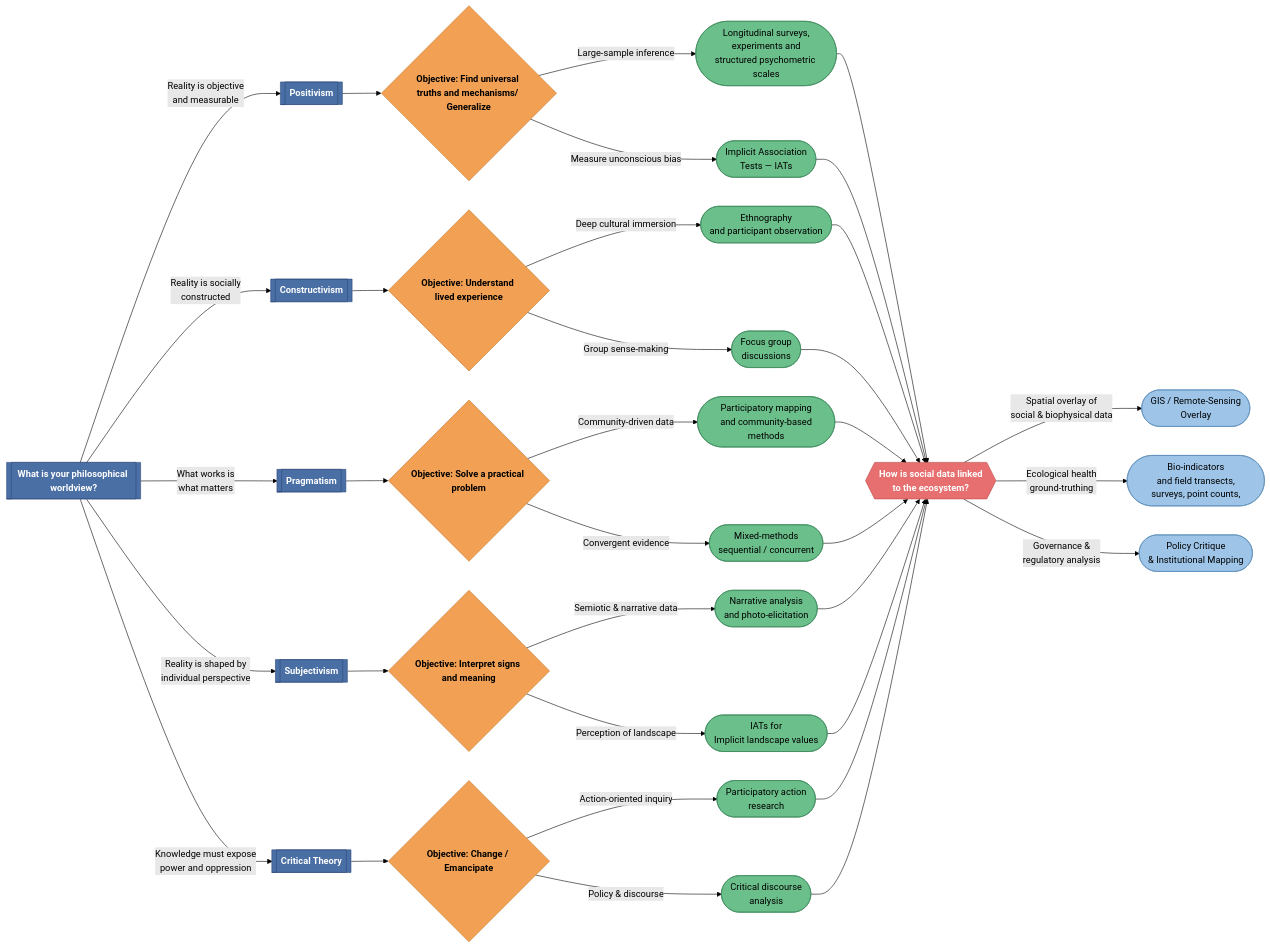
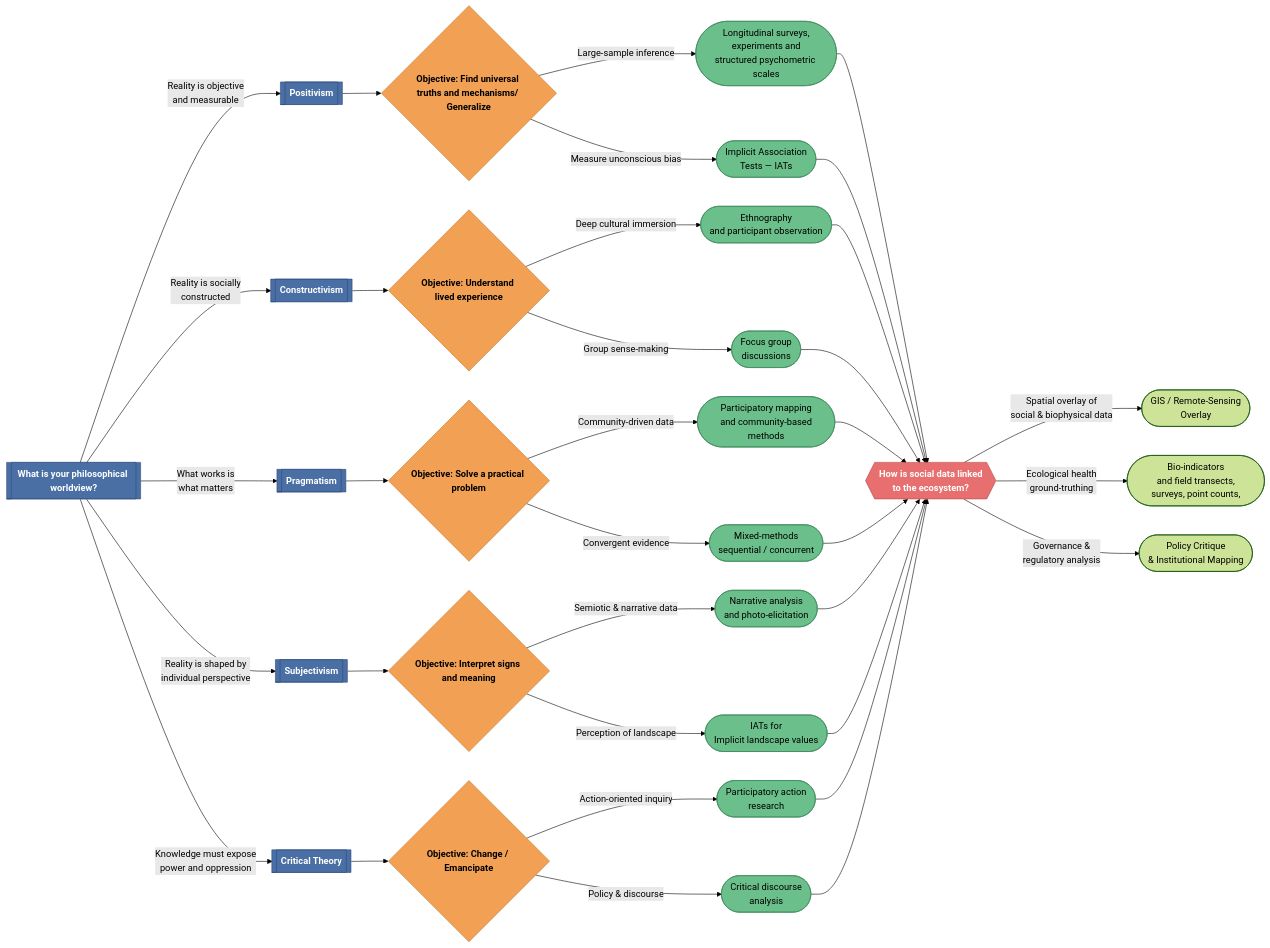
One commit to Echeverri-Lab/Survey_methods changed the diagram in Step_01_Epistemology_and_Method_Selection/decision_tree_source.md. Above: the diagram before and after it, drawn with Mermaid (forest theme). The commit also changed other lines of this file, not shown here.

Commit message:
docs: add figure caption to SES decision tree

````diff
--- a/Step_01_Epistemology_and_Method_Selection/decision_tree_source.md
+++ b/Step_01_Epistemology_and_Method_Selection/decision_tree_source.md
@@ -10,68 +10,68 @@
 ```mermaid
 flowchart LR
 
     EP[["What is your philosophical worldview?"]] -- Reality is objective<br>and measurable --> POS[["Positivism"]]
     EP -- Reality is socially<br>constructed --> CON[["Constructivism"]]
     EP -- What works is<br>what matters --> PRA[["Pragmatism"]]
     EP -- Reality is shaped by<br>individual perspective --> SUB[["Subjectivism"]]
     EP -- Knowledge must expose<br>power and oppression --> CRT[["Critical Theory"]]
     POS --> OBJ_GEN{"Objective: Find universal truths and mechanisms/ Generalize"}
     CON --> OBJ_UND{"Objective: Understand lived experience"}
     PRA --> OBJ_SOL{"Objective: Solve a practical problem"}
     SUB --> OBJ_INT{"Objective: Interpret signs and meaning"}
     CRT --> OBJ_CHG{"Objective: Change / Emancipate"}
     OBJ_GEN -- "Large-sample inference" --> M_SURV(["Longitudinal surveys,<br> experiments and structured psychometric scales"])
     OBJ_GEN -- Measure unconscious bias --> M_IAT(["Implicit Association<br>Tests — IATs"])
     OBJ_UND -- Deep cultural immersion --> M_ETHN(["Ethnography<br> and participant observation"])
     OBJ_UND -- "Group sense-making" --> M_FGD(["Focus group<br> discussions"])
     OBJ_SOL -- "Community-driven data" --> M_PMAP(["Participatory mapping<br> and community-based methods"])
     OBJ_SOL -- Convergent evidence --> M_MIX(["Mixed-methods<br>sequential / concurrent"])
     OBJ_INT -- Semiotic & narrative data --> M_NARR(["Narrative analysis<br> and photo-elicitation"])
     OBJ_INT -- Perception of landscape --> M_IAT2(["IATs for<br>Implicit landscape values"])
     OBJ_CHG -- "Action-oriented inquiry" --> M_PAR(["Participatory action<br>research"])
     OBJ_CHG -- Policy & discourse --> M_CDA(["Critical discourse<br>analysis"])
     M_SURV --> BRIDGE{{"How is social data linked<br>to the ecosystem?"}}
     M_IAT --> BRIDGE
     M_ETHN --> BRIDGE
     M_FGD --> BRIDGE
     M_PMAP --> BRIDGE
     M_MIX --> BRIDGE
     M_NARR --> BRIDGE
     M_IAT2 --> BRIDGE
     M_PAR --> BRIDGE
     M_CDA --> BRIDGE
     BRIDGE -- Spatial overlay of<br>social &amp; biophysical data --> ECO_GIS(["GIS / Remote-Sensing<br>Overlay"])
     BRIDGE -- "Ecological health<br>ground-truthing" --> ECO_BIO(["Bio-indicators<br> and field transects, surveys, point counts, "])
     BRIDGE -- Governance &amp;<br>regulatory analysis --> ECO_POL(["Policy Critique<br>&amp; Institutional Mapping"])
 
      EP:::paradigm
      POS:::paradigm
      CON:::paradigm
      PRA:::paradigm
      SUB:::paradigm
      CRT:::paradigm
      OBJ_GEN:::objective
      OBJ_UND:::objective
      OBJ_SOL:::objective
      OBJ_INT:::objective
      OBJ_CHG:::objective
      M_SURV:::method
      M_IAT:::method
      M_ETHN:::method
      M_FGD:::method
      M_PMAP:::method
      M_MIX:::method
      M_NARR:::method
      M_IAT2:::method
      M_PAR:::method
      M_CDA:::method
      BRIDGE:::bridge
      ECO_GIS:::eco
      ECO_BIO:::eco
      ECO_POL:::eco
     classDef paradigm fill:#4A6FA5,stroke:#2E4A7A,color:#FFF,font-weight:bold
     classDef objective fill:#F2A154,stroke:#C57830,color:#000,font-weight:bold
     classDef method fill:#6BBF8A,stroke:#3E8A5C,color:#000
     classDef bridge fill:#E86F6F,stroke:#B84545,color:#FFF,font-weight:bold
-    classDef eco fill:#9EC5E8,stroke:#5A8DB8,color:#000
+    classDef echo fill:#9EC5E8,stroke:#5A8DB8,color:#000
 ```
````
